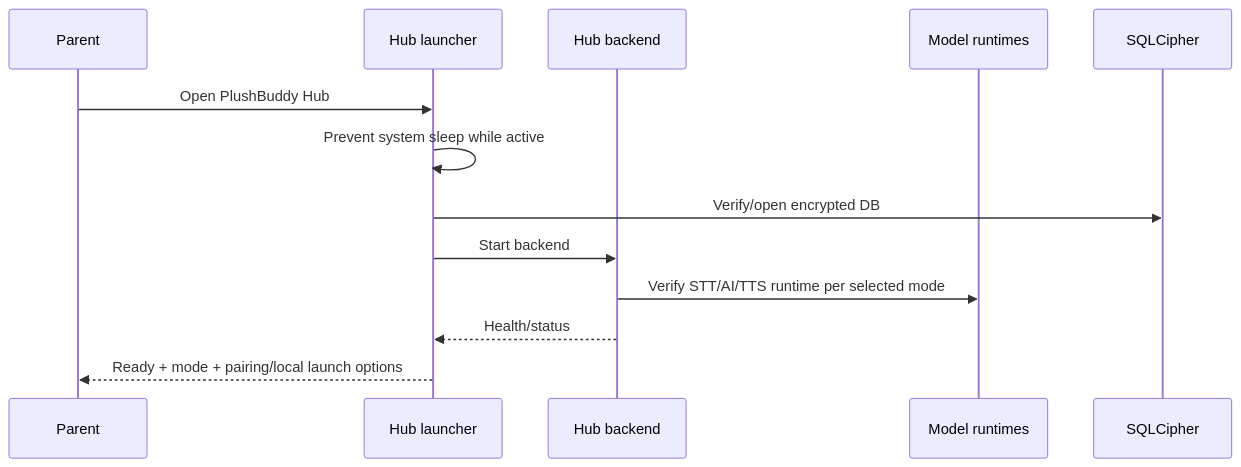
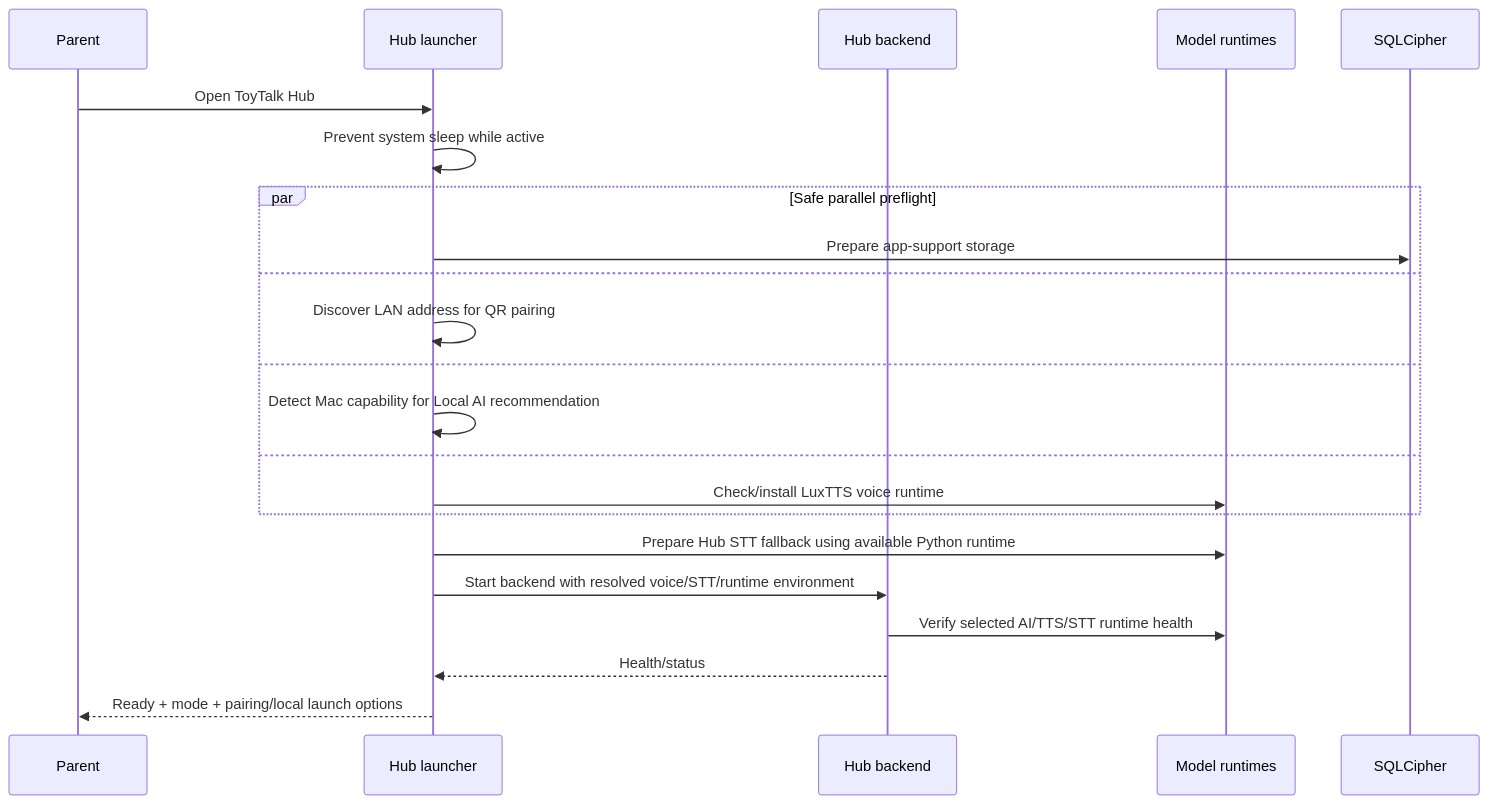
Before and after one commit to palwe-prafulla/plushpal: the second of 4 diagrams in docs/architecture/SYSTEM_DESIGN.md, drawn with Mermaid. The commit also changed other lines of this file and 97 other files, not shown here.

Commit message:
Release ToyTalk V2 hub-client architecture

````diff
--- a/docs/architecture/SYSTEM_DESIGN.md
+++ b/docs/architecture/SYSTEM_DESIGN.md
@@ -426,16 +426,25 @@
 ```mermaid
 sequenceDiagram
     participant Parent
     participant Shell as Hub launcher
     participant Hub as Hub backend
     participant Models as Model runtimes
     participant DB as SQLCipher
 
-    Parent->>Shell: Open PlushBuddy Hub
+    Parent->>Shell: Open ToyTalk Hub
     Shell->>Shell: Prevent system sleep while active
-    Shell->>DB: Verify/open encrypted DB
-    Shell->>Hub: Start backend
-    Hub->>Models: Verify STT/AI/TTS runtime per selected mode
+    par Safe parallel preflight
+        Shell->>DB: Prepare app-support storage
+    and
+        Shell->>Shell: Discover LAN address for QR pairing
+    and
+        Shell->>Shell: Detect Mac capability for Local AI recommendation
+    and
+        Shell->>Models: Check/install LuxTTS voice runtime
+    end
+    Shell->>Models: Prepare Hub STT fallback using available Python runtime
+    Shell->>Hub: Start backend with resolved voice/STT/runtime environment
+    Hub->>Models: Verify selected AI/TTS/STT runtime health
     Hub-->>Shell: Health/status
     Shell-->>Parent: Ready + mode + pairing/local launch options
 ```
````
